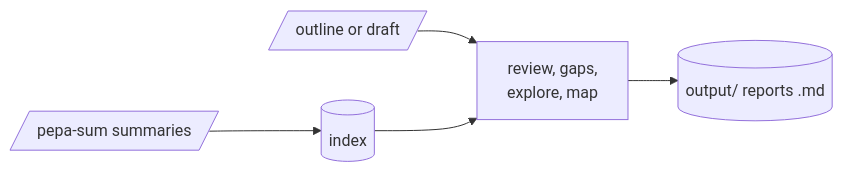
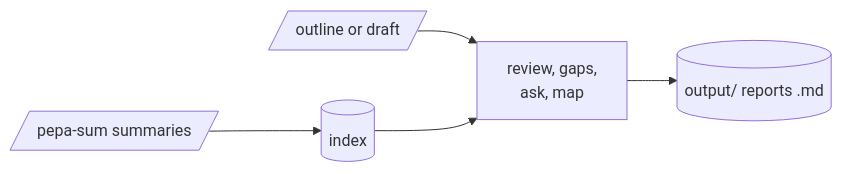
One commit to mashud37/pepa-workers changed the diagram in workers/pepa-review/README.md. Above: the diagram before and after it, drawn with Mermaid. The commit also changed other lines of this file and 5 other files, not shown here.

Commit message:
Describe the Explore tabs, ask and biblio fetch in the guides and READMEs

````diff
--- a/workers/pepa-review/README.md
+++ b/workers/pepa-review/README.md
@@ -13,7 +14,7 @@
 ```mermaid
 flowchart LR
     SUM[/"pepa-sum summaries"/] --> IDX[("index")]
-    IN[/"outline or draft"/] --> TASK["review, gaps,<br/>explore, map"]
+    IN[/"outline or draft"/] --> TASK["review, gaps,<br/>ask, map"]
     IDX --> TASK
     TASK --> OUT[("output/ reports .md")]
 ```
````
